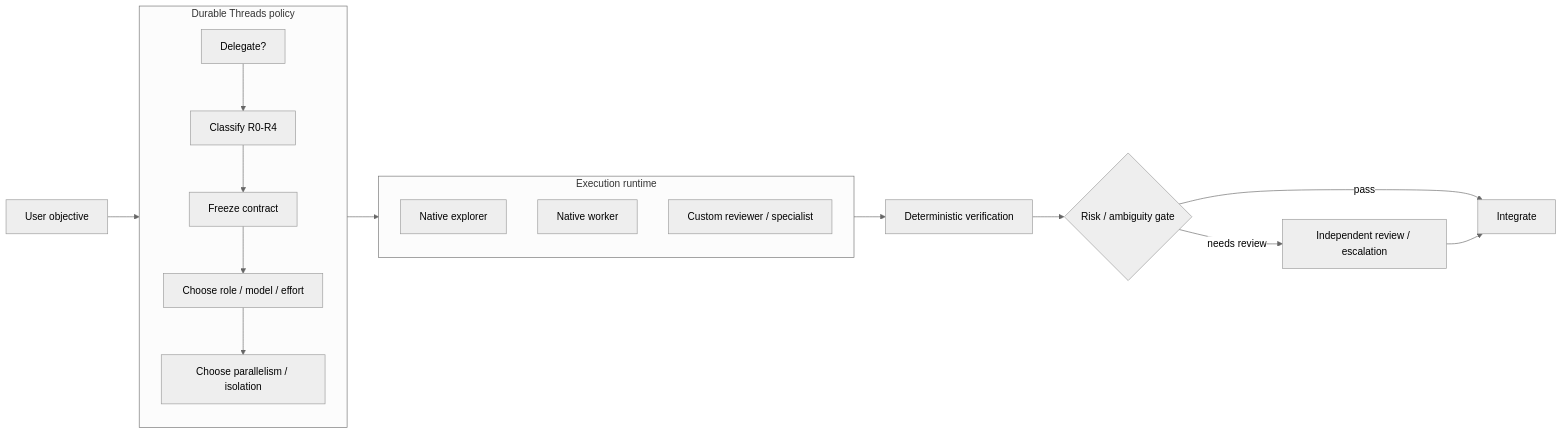
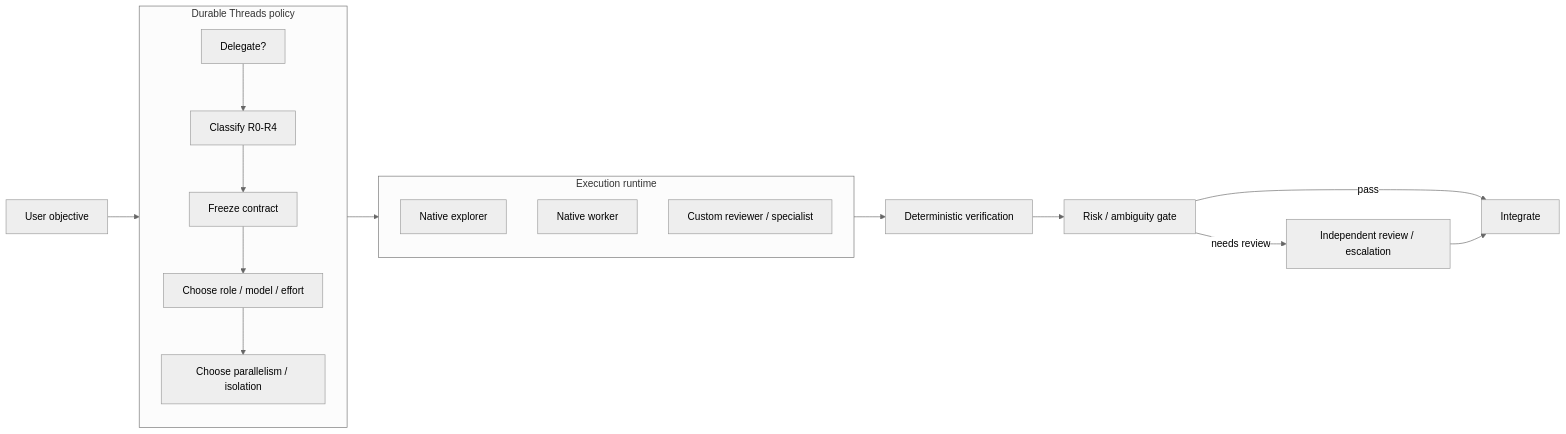
Before and after one commit to Strataward/durable-threads: the diagram in README.md, drawn with Mermaid (neutral theme). The commit also changed other lines of this file and 5 other files, not shown here.

````diff
--- a/README.md
+++ b/README.md
@@ -68,27 +71,23 @@
 ```mermaid
 flowchart LR
     U["User objective"] --> DT
-
     subgraph DT["Durable Threads policy"]
         direction TB
         D["Delegate?"] --> R["Classify R0-R4"]
         R --> C["Freeze contract"]
         C --> M["Choose role / model / effort"]
         M --> P["Choose parallelism / isolation"]
     end
-
     P --> RT
-
     subgraph RT["Execution runtime"]
         direction TB
         E["Native explorer"]
         W["Native worker"]
         X["Custom reviewer / specialist"]
     end
-
     RT --> V["Deterministic verification"]
-    V --> G{"Risk / ambiguity gate"}
-    G -->|"pass"| I["Integrate"]
-    G -->|"needs review"| Q["Independent review / escalation"]
+    V --> G["Risk / ambiguity gate"]
+    G -- "pass" --> I["Integrate"]
+    G -- "needs review" --> Q["Independent review / escalation"]
     Q --> I
 ```
````
